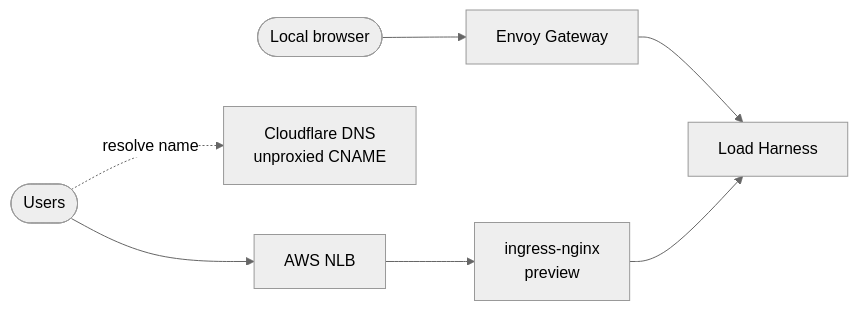
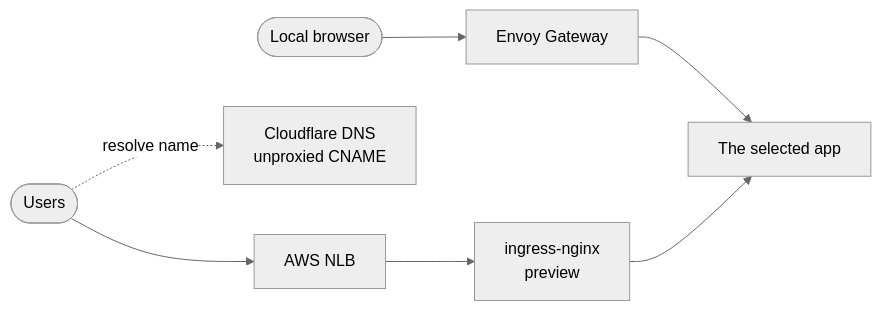
One commit to ImranAdan/infra-fleet-public changed the sixth of 8 diagrams in docs/ARCHITECTURE.md. Above: the diagram before and after it, drawn with Mermaid (neutral theme). The commit also changed other lines of this file and 11 other files, not shown here.

````diff
--- a/docs/ARCHITECTURE.md
+++ b/docs/ARCHITECTURE.md
@@ -96,6 +114,6 @@
 ```mermaid
 flowchart LR
-    Local(["Local browser"]) --> Envoy["Envoy Gateway"] --> App["Load Harness"]
+    Local(["Local browser"]) --> Envoy["Envoy Gateway"] --> App["The selected app"]
     Users(["Users"]) -.->|resolve name| DNS["Cloudflare DNS<br/>unproxied CNAME"]
     Users --> NLB["AWS NLB"] --> NGINX["ingress-nginx<br/>preview"] --> App
 ```
````
